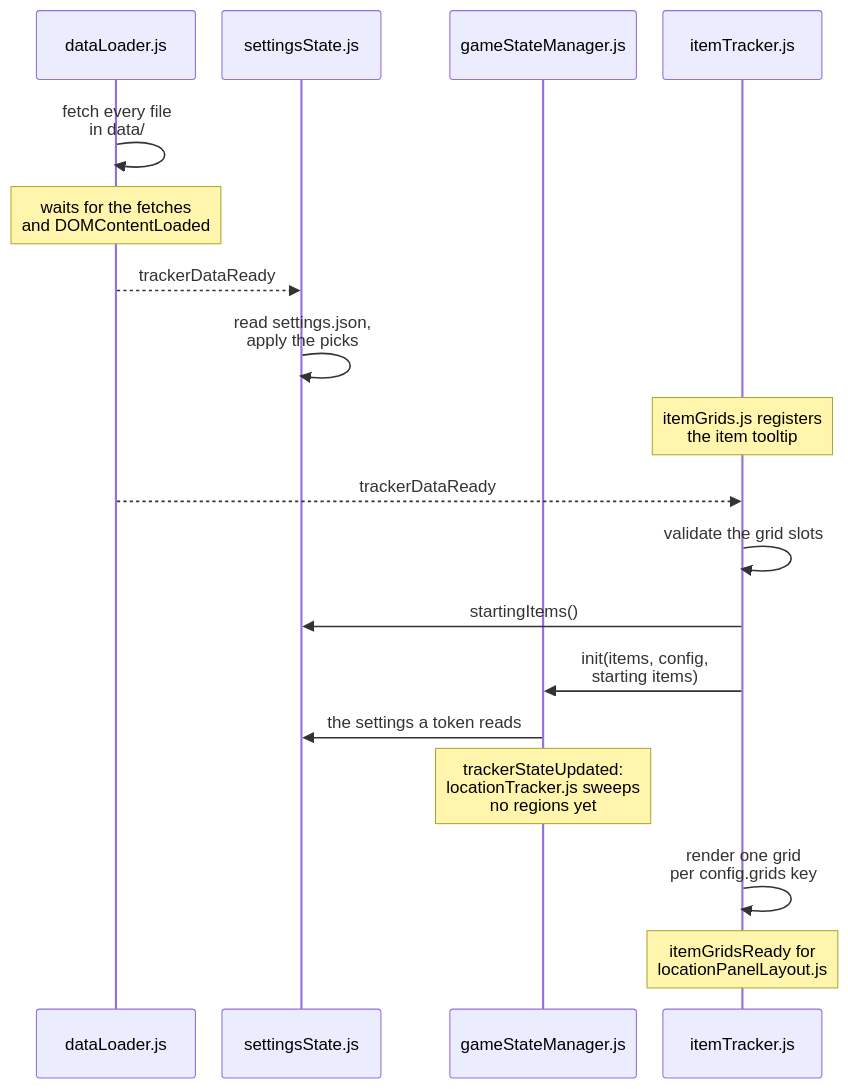
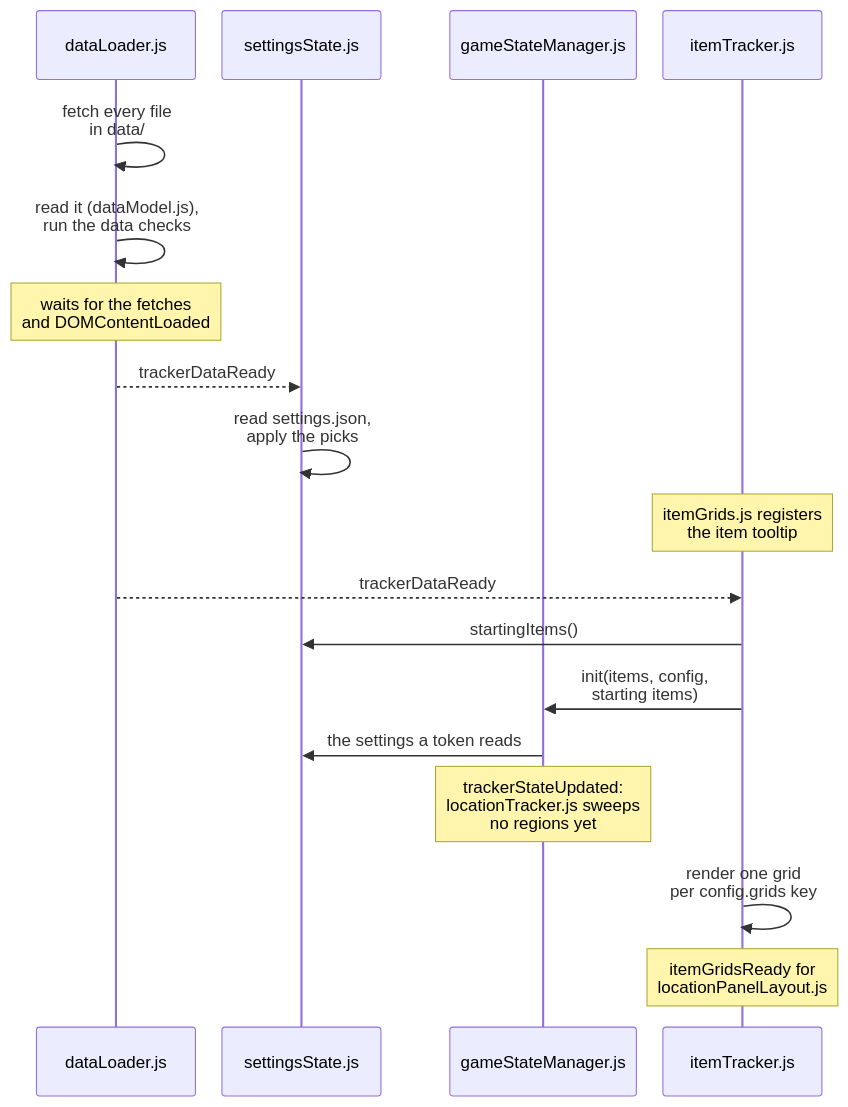
Before and after one commit to GonzaloJMora/mm3drTracker: diagram 16 of 20 in documentation/architecture-diagram.md, drawn with Mermaid. The commit also changed other lines of this file and 18 other files, not shown here.

Commit message:
moved data checks into a centralized file (#10)

````diff
--- a/documentation/architecture-diagram.md
+++ b/documentation/architecture-diagram.md
@@ -440,22 +441,22 @@
 ```mermaid
 %%{init: {"sequence": {"actorMargin": 25}}}%%
 sequenceDiagram
     participant DL as dataLoader.js
     participant SS as settingsState.js
     participant GSM as gameStateManager.js
     participant IT as itemTracker.js
 
     DL->>DL: fetch every file<br/>in data/
+    DL->>DL: read it (dataModel.js),<br/>run the data checks
     Note over DL: waits for the fetches<br/>and DOMContentLoaded
     DL-->>SS: trackerDataReady
     SS->>SS: read settings.json,<br/>apply the picks
     Note over IT: itemGrids.js registers<br/>the item tooltip
     DL-->>IT: trackerDataReady
-    IT->>IT: validate the grid slots
     IT->>SS: startingItems()
     IT->>GSM: init(items, config,<br/>starting items)
     GSM->>SS: the settings a token reads
     Note over GSM: trackerStateUpdated:<br/>locationTracker.js sweeps<br/>no regions yet
     IT->>IT: render one grid<br/>per config.grids key
     Note over IT: itemGridsReady for<br/>locationPanelLayout.js
 ```
````
